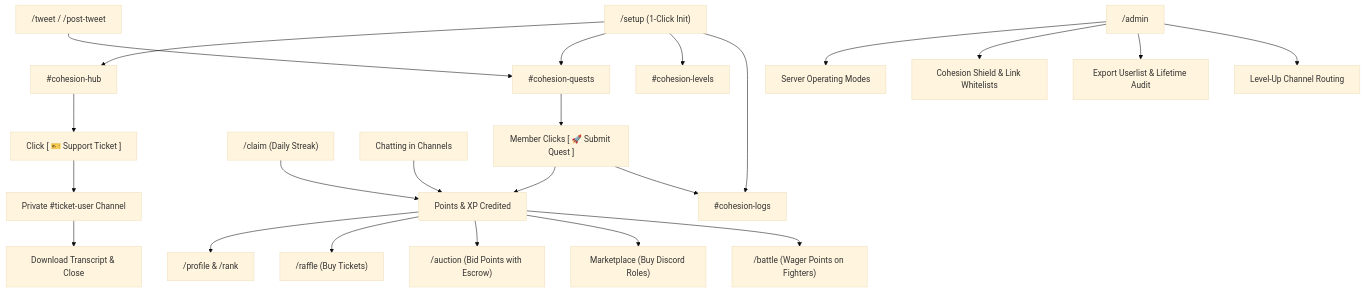
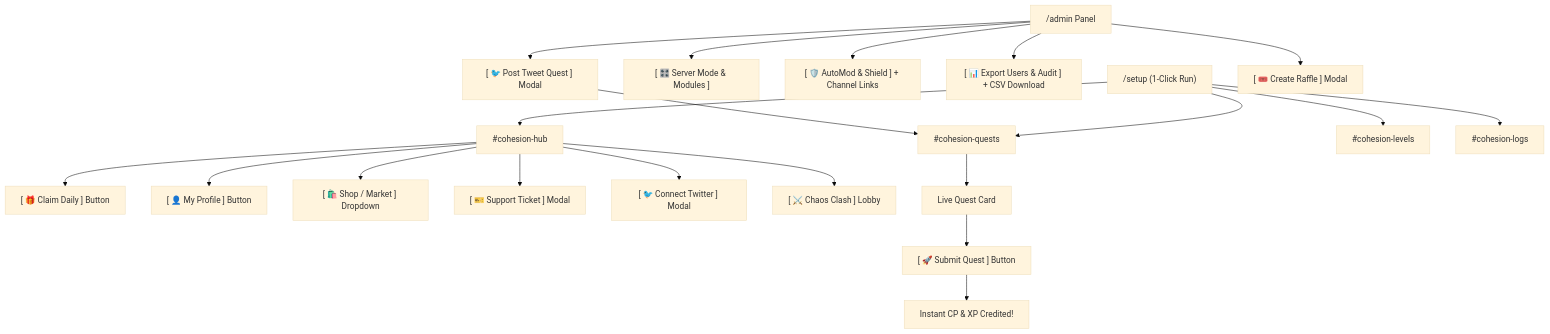
One commit to yournahian/Ohesion changed the diagram in docs/README.md. Above: the diagram before and after it, drawn with Mermaid (base theme). The commit also changed other lines of this file and 1 other file, not shown here.

Commit message:
docs: rewrite documentation to be 100% UI and button focused for both members and admins

````diff
--- a/docs/README.md
+++ b/docs/README.md
@@ -81,30 +153,25 @@
 ```mermaid
 flowchart TD
-    Setup["/setup (1-Click Init)"] --> Hub["#cohesion-hub"]
+    Setup["/setup (1-Click Run)"] --> Hub["#cohesion-hub"]
     Setup --> QuestsChan["#cohesion-quests"]
     Setup --> LevelsChan["#cohesion-levels"]
     Setup --> LogsChan["#cohesion-logs"]
 
-    Admin["/admin"] --> ModeSelector["Server Operating Modes"]
-    Admin --> AutoModShield["Cohesion Shield & Link Whitelists"]
-    Admin --> CSVExport["Export Userlist & Lifetime Audit"]
-    Admin --> LevelRouting["Level-Up Channel Routing"]
+    Hub --> ClaimBtn["[ 🎁 Claim Daily ] Button"]
+    Hub --> ProfileBtn["[ 👤 My Profile ] Button"]
+    Hub --> ShopBtn["[ 🛍️ Shop / Market ] Dropdown"]
+    Hub --> TicketBtn["[ 🎫 Support Ticket ] Modal"]
+    Hub --> TwitterBtn["[ 🐦 Connect Twitter ] Modal"]
+    Hub --> ClashBtn["[ ⚔️ Chaos Clash ] Lobby"]
 
-    Tweet["/tweet / /post-tweet"] --> QuestsChan
-    QuestsChan --> MemberSubmit["Member Clicks [ 🚀 Submit Quest ]"]
-    MemberSubmit --> UserBalance["Points & XP Credited"]
-    MemberSubmit --> LogsChan
+    Admin["/admin Panel"] --> Modules["[ 🎛️ Server Mode & Modules ]"]
+    Admin --> Shield["[ 🛡️ AutoMod & Shield ] + Channel Links"]
+    Admin --> Export["[ 📊 Export Users & Audit ] + CSV Download"]
+    Admin --> QuestDrop["[ 🐦 Post Tweet Quest ] Modal"]
+    Admin --> RaffleDrop["[ 🎟️ Create Raffle ] Modal"]
 
-    Daily["/claim (Daily Streak)"] --> UserBalance
-    Chat["Chatting in Channels"] --> UserBalance
-    UserBalance --> UserProfile["/profile & /rank"]
-
-    UserBalance --> Raffle["/raffle (Buy Tickets)"]
-    UserBalance --> Auction["/auction (Bid Points with Escrow)"]
-    UserBalance --> Shop["Marketplace (Buy Discord Roles)"]
-    UserBalance --> Battle["/battle (Wager Points on Fighters)"]
-
-    Hub --> TicketBtn["Click [ 🎫 Support Ticket ]"]
-    TicketBtn --> PrivateChan["Private #ticket-user Channel"]
-    PrivateChan --> Transcript["Download Transcript & Close"]
+    QuestDrop --> QuestsChan
+    QuestsChan --> QuestCard["Live Quest Card"]
+    QuestCard --> SubmitBtn["[ 🚀 Submit Quest ] Button"]
+    SubmitBtn --> Credit["Instant CP & XP Credited!"]
 ```
````
